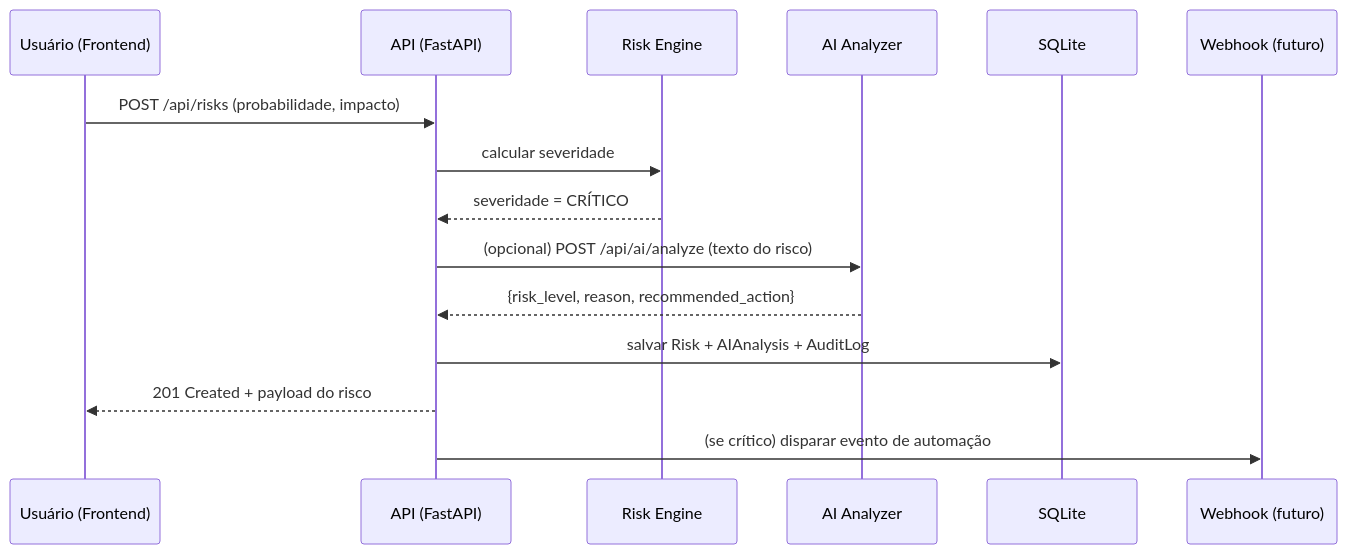
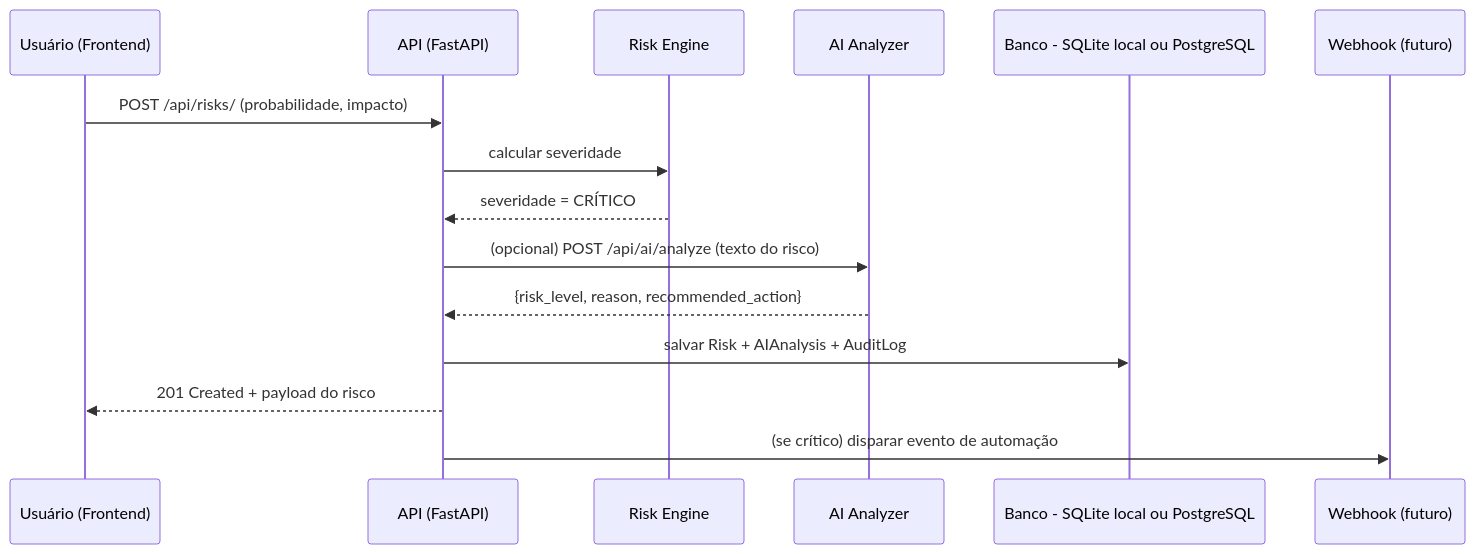
The second of 2 diagrams in docs/ARCHITECTURE.md (Kayque2203/nexus-risk-platform), drawn with Mermaid before and after one commit. The commit also changed other lines of this file, not shown here.

Commit message:
Atualiza ARCHITECTURE.md com banco PostgreSQL, hospedagem e decisoes atuais

````diff
--- a/docs/ARCHITECTURE.md
+++ b/docs/ARCHITECTURE.md
@@ -163,18 +165,18 @@
 ```mermaid
 sequenceDiagram
     participant U as Usuário (Frontend)
     participant A as API (FastAPI)
     participant R as Risk Engine
     participant AI as AI Analyzer
-    participant D as SQLite
+    participant D as Banco - SQLite local ou PostgreSQL
     participant W as Webhook (futuro)
 
-    U->>A: POST /api/risks (probabilidade, impacto)
+    U->>A: POST /api/risks/ (probabilidade, impacto)
     A->>R: calcular severidade
     R-->>A: severidade = CRÍTICO
     A->>AI: (opcional) POST /api/ai/analyze (texto do risco)
     AI-->>A: {risk_level, reason, recommended_action}
     A->>D: salvar Risk + AIAnalysis + AuditLog
     A-->>U: 201 Created + payload do risco
     A->>W: (se crítico) disparar evento de automação
 ```
````
